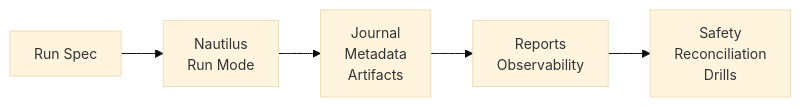
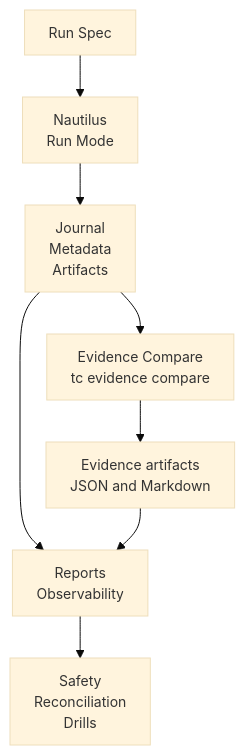
One commit to TradingChassis/tradingchassis-ops-lab changed the diagram in docs/architecture.md. Above: the diagram before and after it, drawn with Mermaid. The commit also changed other lines of this file and 31 other files, not shown here.

````diff
--- a/docs/architecture.md
+++ b/docs/architecture.md
@@ -9,19 +9,22 @@
 ```mermaid
 %%{init: {
   "theme": "base",
   "themeVariables": {
     "fontSize": "14px"
   },
   "flowchart": {
     "nodeSpacing": 32,
     "rankSpacing": 42,
     "padding": 12
   }
 }}%%
 
-flowchart LR
+flowchart TB
     A["Run Spec"] --> B["Nautilus<br/>Run Mode"]
     B --> C["Journal<br/>Metadata<br/>Artifacts"]
-    C --> D["Reports<br/>Observability"]
-    D --> E["Safety<br/>Reconciliation<br/>Drills"]
+    C --> D["Evidence Compare<br/>tc evidence compare"]
+    D --> E["Evidence artifacts<br/>JSON and Markdown"]
+    C --> F["Reports<br/>Observability"]
+    E --> F
+    F --> G["Safety<br/>Reconciliation<br/>Drills"]
 ```
````
